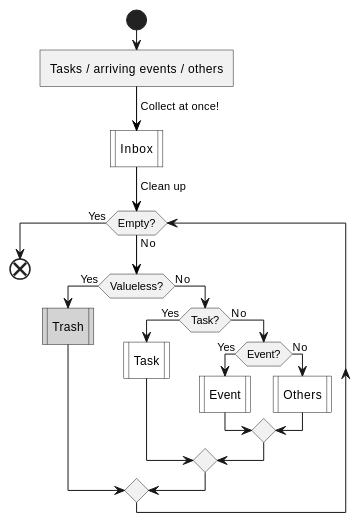
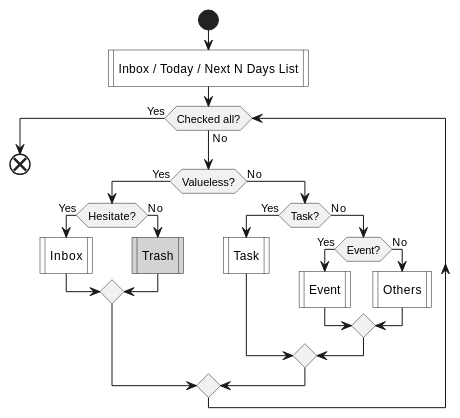
One commit to IceHe/icehe-lib changed the second of 6 diagrams in lifelogs/rehabilitation.md. Above: the diagram before and after it, drawn with PlantUML. The commit also changed other lines of this file, not shown here.

````diff
--- a/lifelogs/rehabilitation.md
+++ b/lifelogs/rehabilitation.md
@@ -209,40 +221,26 @@
 ```plantuml
 @startuml
 start
-:Tasks / arriving events / others]
-':Tasks / arriving events / thoughts / questions]
--[#black]-> Collect at once!;
-#white:Inbox|
--[#black]-> Clean up;
-while (Empty?) is (No)
+#white:Inbox / Today / Next N Days List|
+while (Checked all?) is (No)
     if (Valueless?) then (Yes)
-        #lightGray:Trash|
-        'if (Hesitate?) then (Yes)
-        '   #white:Inbox|
-        'else (No)
-        '   #lightGray:Trash|
-        'endif
+        if (Hesitate?) then (Yes)
+            #white:Inbox|
+        else (No)
+            #lightGray:Trash|
+        endif
     else (No)
         if (Task?) then (Yes)
             #white:Task|
         else (No)
             if (Event?) then (Yes)
                 #white:Event|
             else (No)
                 #white:Others|
-                'if (Thought?) then (Yes)
-                '    #white:Thought|
-                'else (No)
-                '    if (Question?) then (Yes)
-                '        #white:Question|
-                '    else (No)
-                '        #orange:What is it?;
-                '    endif
-                'endif
             endif
         endif
     endif
 endwhile (Yes)
 end
 @enduml
 ```
````
